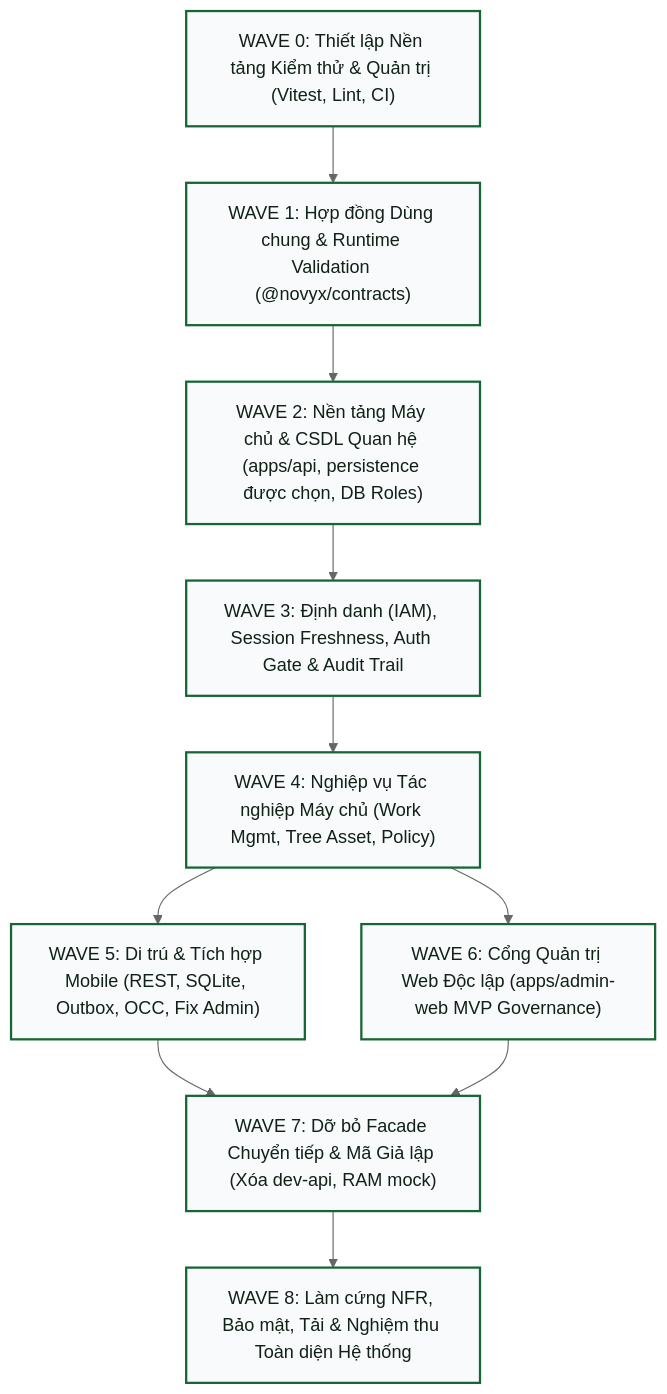
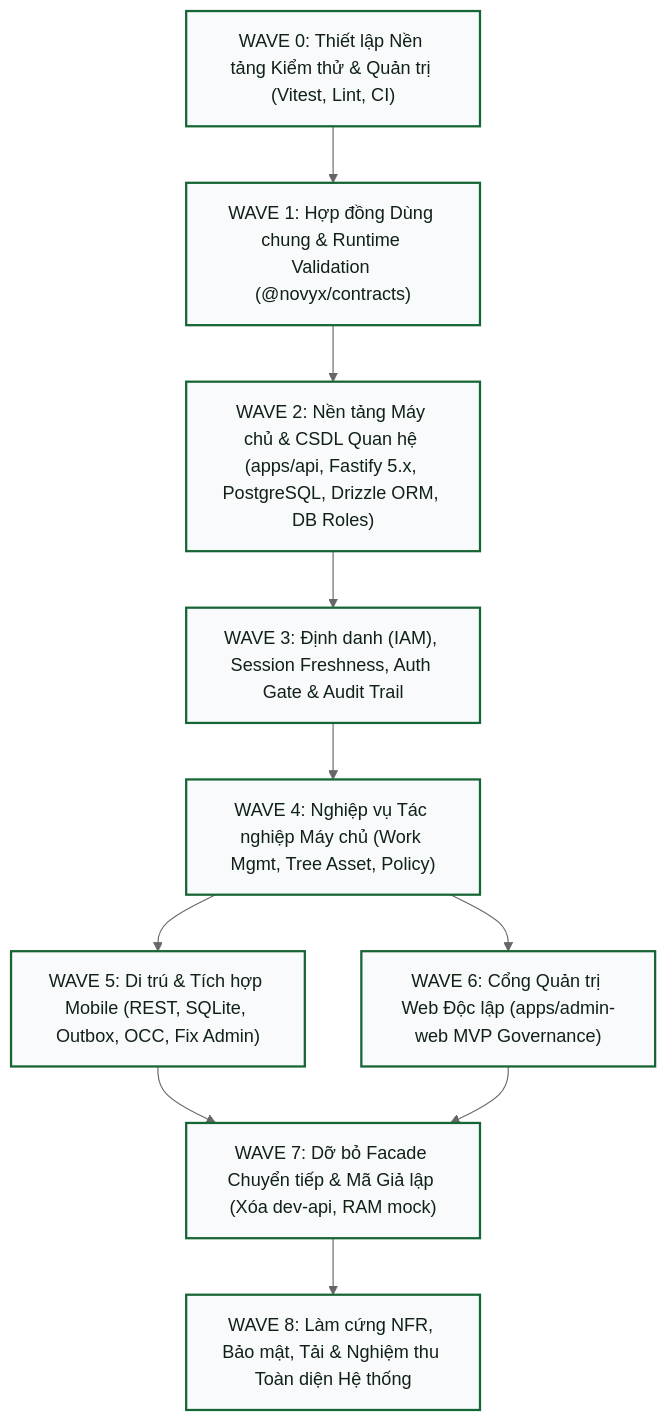
The diagram in docs/PHASE12-IMPLEMENTATION-MASTER-PLAN.md (Peaker04/tree), drawn with Mermaid (neutral theme) before and after one commit. The commit also changed other lines of this file and 3 other files, not shown here.

````diff
--- a/docs/PHASE12-IMPLEMENTATION-MASTER-PLAN.md
+++ b/docs/PHASE12-IMPLEMENTATION-MASTER-PLAN.md
@@ -114,16 +114,16 @@
 ```mermaid
 flowchart TD
     W0["WAVE 0: Thiết lập Nền tảng Kiểm thử & Quản trị (Vitest, Lint, CI)"] --> W1
     W1["WAVE 1: Hợp đồng Dùng chung & Runtime Validation (@novyx/contracts)"] --> W2
-    W2["WAVE 2: Nền tảng Máy chủ & CSDL Quan hệ (apps/api, persistence được chọn, DB Roles)"] --> W3
+    W2["WAVE 2: Nền tảng Máy chủ & CSDL Quan hệ (apps/api, Fastify 5.x, PostgreSQL, Drizzle ORM, DB Roles)"] --> W3
     W3["WAVE 3: Định danh (IAM), Session Freshness, Auth Gate & Audit Trail"] --> W4
     W4["WAVE 4: Nghiệp vụ Tác nghiệp Máy chủ (Work Mgmt, Tree Asset, Policy)"] --> W5
     W4 --> W6
     W5["WAVE 5: Di trú & Tích hợp Mobile (REST, SQLite, Outbox, OCC, Fix Admin)"] --> W7
     W6["WAVE 6: Cổng Quản trị Web Độc lập (apps/admin-web MVP Governance)"] --> W7
     W7["WAVE 7: Dỡ bỏ Facade Chuyển tiếp & Mã Giả lập (Xóa dev-api, RAM mock)"] --> W8
     W8["WAVE 8: Làm cứng NFR, Bảo mật, Tải & Nghiệm thu Toàn diện Hệ thống"]
 
     classDef wave fill:#F8FAFC,stroke:#166534,stroke-width:2px,color:#112116;
     class W0,W1,W2,W3,W4,W5,W6,W7,W8 wave;
 ```
````
